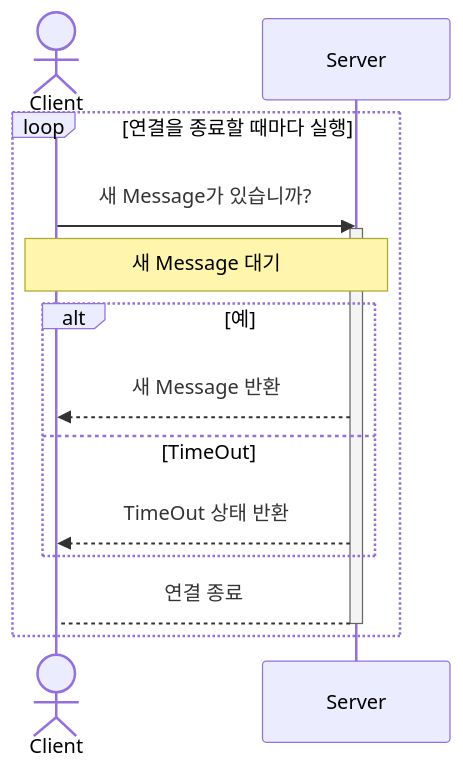
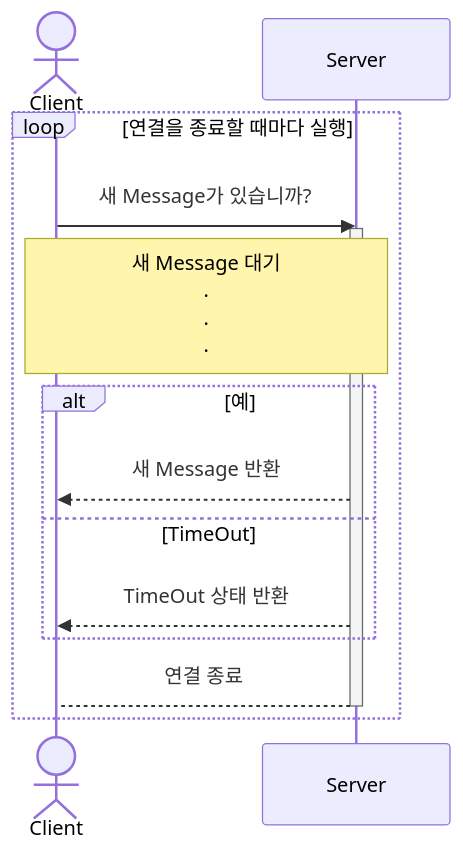
The seventh of 9 diagrams in _skills/system-design/chatting.md (choesimin/choesimin.github.io), drawn with Mermaid before and after one commit. The commit also changed other lines of this file and 2 other files, not shown here.

````diff
--- a/_skills/system-design/chatting.md
+++ b/_skills/system-design/chatting.md
@@ -241,19 +254,19 @@
 ```mermaid
 sequenceDiagram
 
 actor c as Client
 participant s as Server
 
 loop 연결을 종료할 때마다 실행
     c ->> s : 새 Message가 있습니까?
     activate s
-    note over c, s : 새 Message 대기
+    note over c, s : 새 Message 대기<br>.<br>.<br>.
     alt 예
         s -->> c : 새 Message 반환
     else TimeOut
         s -->> c : TimeOut 상태 반환
     end
     s --> c : 연결 종료
     deactivate s
 end
 ```
````
